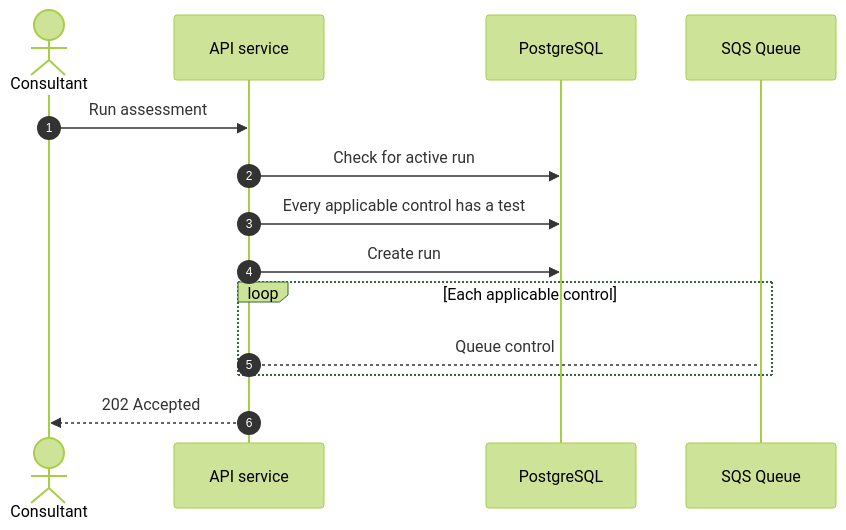
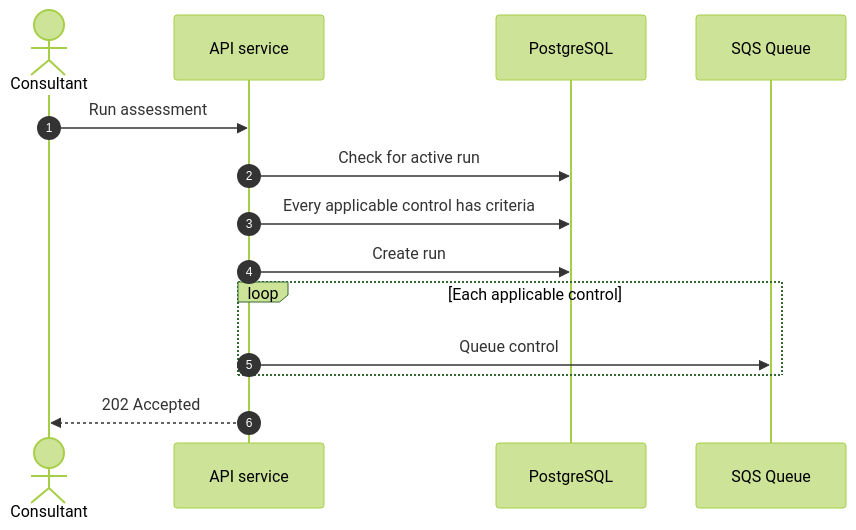
The sixth of 26 diagrams in README.md (DavidRHannah/compliance), drawn with Mermaid (forest theme) before and after one commit. The commit also changed other lines of this file, not shown here.

Commit message:
Diagram cleanup & add data deployment diagrams.

````diff
--- a/README.md
+++ b/README.md
@@ -168,17 +168,17 @@
 ```mermaid
 sequenceDiagram
     autonumber
     actor User as Consultant
     participant API as API service 
     participant DB as PostgreSQL
     participant SQS as SQS Queue
 
     User->>API: Run assessment
     API->>DB: Check for active run
-    API->>DB: Every applicable control has a test
+    API->>DB: Every applicable control has criteria
     API->>DB: Create run
     loop Each applicable control
-        API-->SQS: Queue control
+        API->>SQS: Queue control
     end
     API-->>User: 202 Accepted
 ```
````
